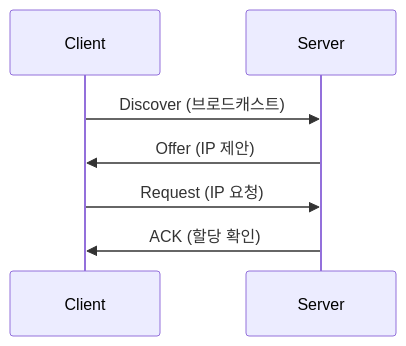
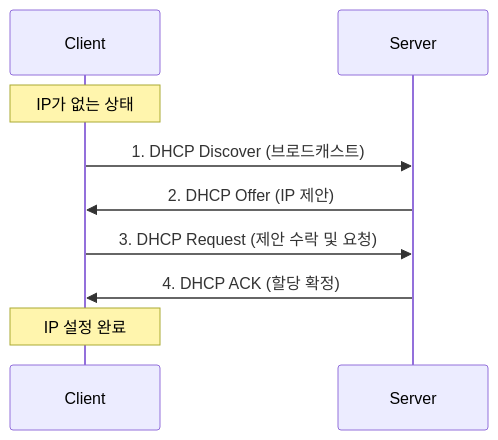
One commit to HamaPr/HamaPr.github.io changed the diagram in _posts/linux/2025-10-17-DHCP_study.md. Above: the diagram before and after it, drawn with Mermaid. The commit also changed other lines of this file and 94 other files, not shown here.

````diff
--- a/_posts/linux/2025-10-17-DHCP_study.md
+++ b/_posts/linux/2025-10-17-DHCP_study.md
@@ -28,10 +16,12 @@
 ```mermaid
 sequenceDiagram
-    participant C as Client
-    participant S as Server
-    
-    C->>S: Discover (브로드캐스트)
-    S->>C: Offer (IP 제안)
-    C->>S: Request (IP 요청)
-    S->>C: ACK (할당 확인)
+    participant Client
+    participant Server
+
+    Note over Client: IP가 없는 상태
+    Client->>Server: 1. DHCP Discover (브로드캐스트)
+    Server->>Client: 2. DHCP Offer (IP 제안)
+    Client->>Server: 3. DHCP Request (제안 수락 및 요청)
+    Server->>Client: 4. DHCP ACK (할당 확정)
+    Note over Client: IP 설정 완료
 ```
````
